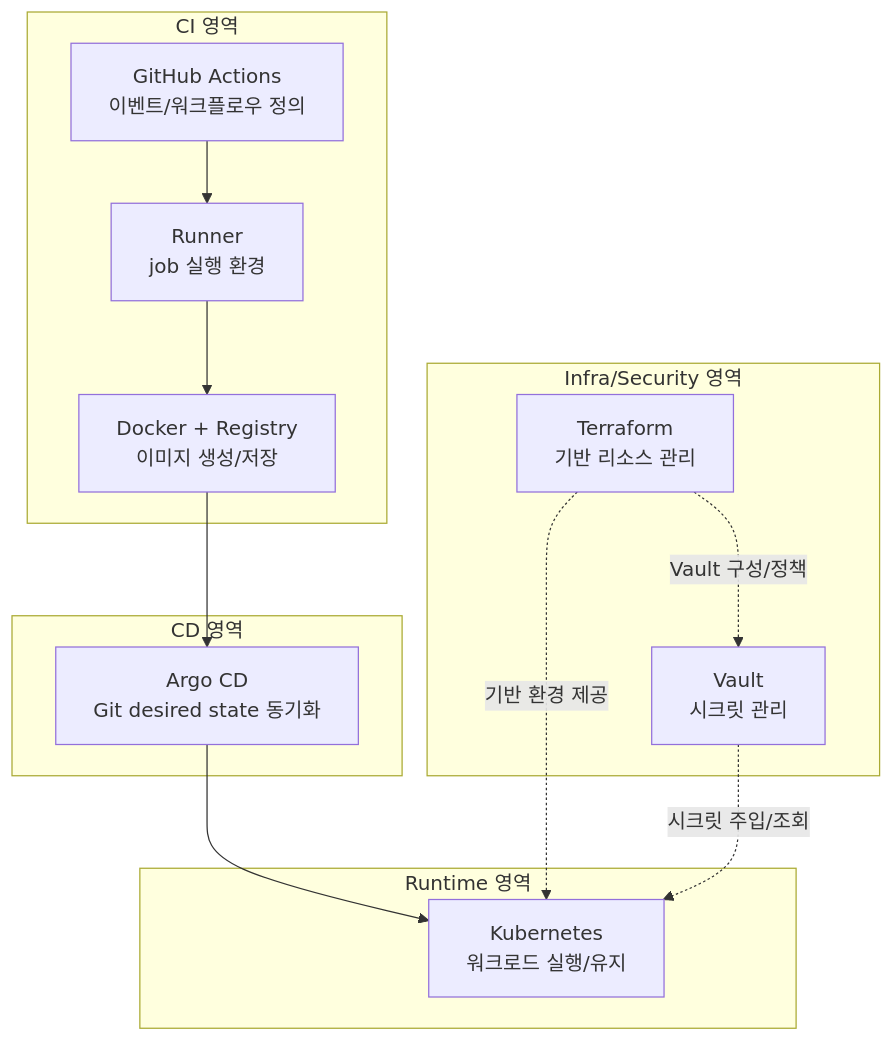
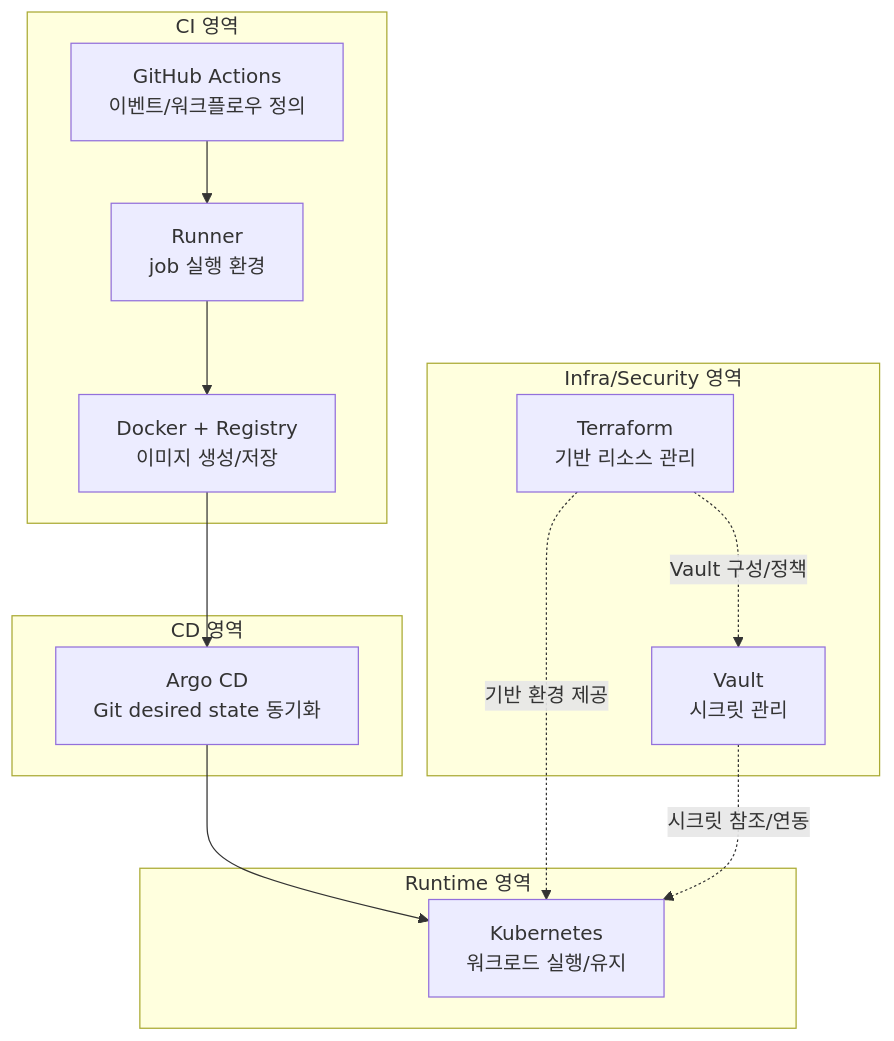
The second of 2 diagrams in infra/ci-cd/github-actions-runner-argocd-kubernetes-terraform-vault.md (bang9ming9/docs), drawn with Mermaid before and after one commit. The commit also changed other lines of this file, not shown here.

````diff
--- a/infra/ci-cd/github-actions-runner-argocd-kubernetes-terraform-vault.md
+++ b/infra/ci-cd/github-actions-runner-argocd-kubernetes-terraform-vault.md
@@ -212,26 +212,26 @@
 ```mermaid
 flowchart TB
     subgraph CI[CI 영역]
       A[GitHub Actions\n이벤트/워크플로우 정의]
       B[Runner\njob 실행 환경]
       C[Docker + Registry\n이미지 생성/저장]
     end
 
     subgraph CD[CD 영역]
       D[Argo CD\nGit desired state 동기화]
     end
 
     subgraph RT[Runtime 영역]
       E[Kubernetes\n워크로드 실행/유지]
     end
 
     subgraph INFRA[Infra/Security 영역]
       F[Terraform\n기반 리소스 관리]
       G[Vault\n시크릿 관리]
     end
 
     A --> B --> C --> D --> E
     F -. 기반 환경 제공 .-> E
     F -. Vault 구성/정책 .-> G
-    G -. 시크릿 주입/조회 .-> E
+    G -. 시크릿 참조/연동 .-> E
 ```
````
